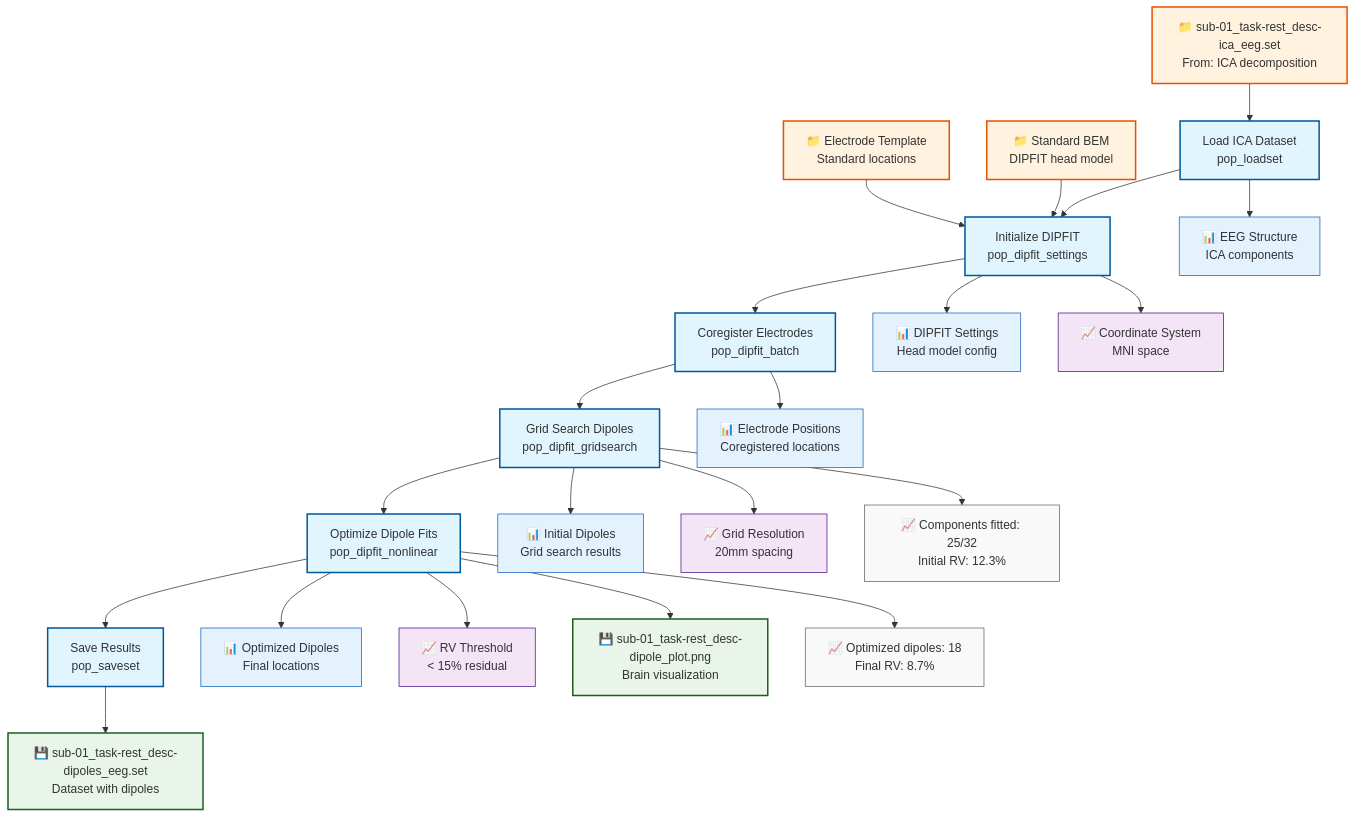
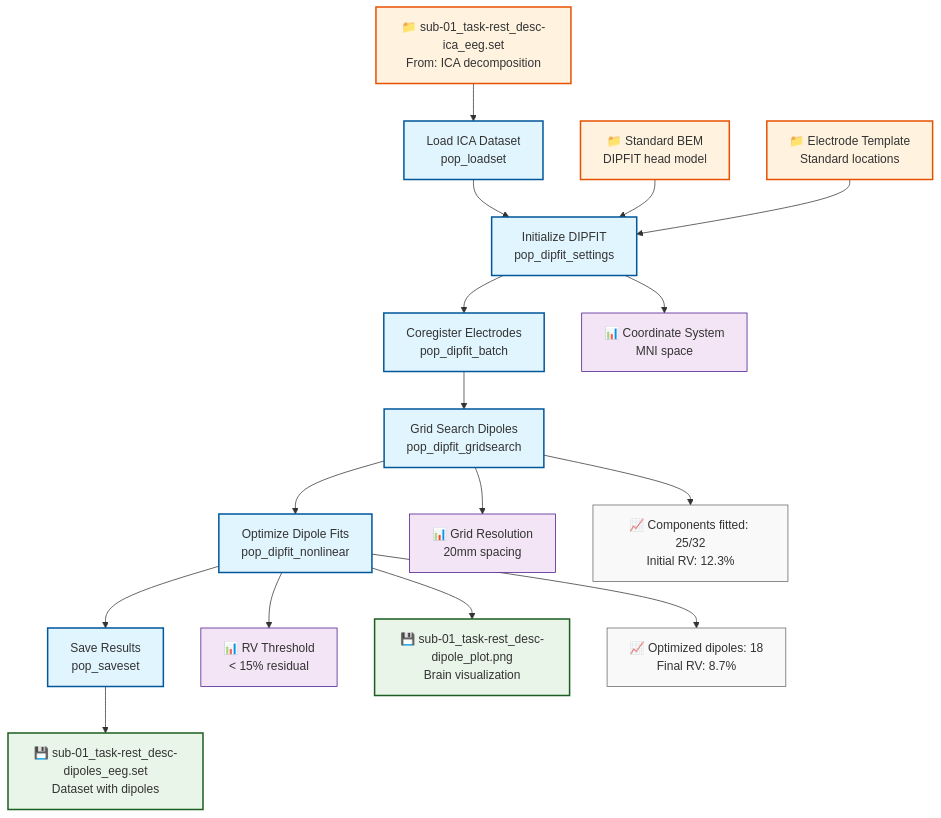
One commit to signalJourney/signalJourney changed the diagram in docs/examples/source_localization_eeglab.md. Above: the diagram before and after it, drawn with Mermaid. The commit also changed 11 other files, not shown here.

````diff
--- a/docs/examples/source_localization_eeglab.md
+++ b/docs/examples/source_localization_eeglab.md
@@ -17,50 +17,39 @@
 ```mermaid
 flowchart TD
     A[Load ICA Dataset<br/>pop_loadset] --> B[Initialize DIPFIT<br/>pop_dipfit_settings]
     B --> C[Coregister Electrodes<br/>pop_dipfit_batch]
     C --> D[Grid Search Dipoles<br/>pop_dipfit_gridsearch]
     D --> E[Optimize Dipole Fits<br/>pop_dipfit_nonlinear]
     E --> F[Save Results<br/>pop_saveset]
     
-    %% Input from ICA pipeline
+    %% Input files
     G["📁 sub-01_task-rest_desc-ica_eeg.set<br/>From: ICA decomposition"] --> A
-    
-    %% Head model resources
     H["📁 Standard BEM<br/>DIPFIT head model"] --> B
     I["📁 Electrode Template<br/>Standard locations"] --> B
     
-    %% Intermediate outputs
-    A --> A1["📊 EEG Structure<br/>ICA components"]
-    B --> B1["📊 DIPFIT Settings<br/>Head model config"]
-    C --> C1["📊 Electrode Positions<br/>Coregistered locations"]
-    D --> D1["📊 Initial Dipoles<br/>Grid search results"]
-    E --> E1["📊 Optimized Dipoles<br/>Final locations"]
-    
-    %% Analysis parameters
-    B --> V1["📈 Coordinate System<br/>MNI space"]
-    D --> V2["📈 Grid Resolution<br/>20mm spacing"]
-    E --> V3["📈 RV Threshold<br/>< 15% residual"]
+    %% Inline data
+    B --> V1["📊 Coordinate System<br/>MNI space"]
+    D --> V2["📊 Grid Resolution<br/>20mm spacing"]
+    E --> V3["📊 RV Threshold<br/>< 15% residual"]
     
     %% Final outputs
     F --> J["💾 sub-01_task-rest_desc-dipoles_eeg.set<br/>Dataset with dipoles"]
     E --> K["💾 sub-01_task-rest_desc-dipole_plot.png<br/>Brain visualization"]
     
     %% Quality metrics
     D --> Q1["📈 Components fitted: 25/32<br/>Initial RV: 12.3%"]
     E --> Q2["📈 Optimized dipoles: 18<br/>Final RV: 8.7%"]
 
     %% Styling
     classDef processStep fill:#e1f5fe,stroke:#01579b,stroke-width:2px
     classDef inputFile fill:#fff3e0,stroke:#e65100,stroke-width:2px
     classDef outputFile fill:#e8f5e8,stroke:#1b5e20,stroke-width:2px
-    classDef inMemoryData fill:#e3f2fd,stroke:#1565c0,stroke-width:1px
     classDef inlineData fill:#f3e5f5,stroke:#4a148c,stroke-width:1px
     classDef qualityMetric fill:#f9f9f9,stroke:#666,stroke-width:1px
 
     class A,B,C,D,E,F processStep
     class G,H,I inputFile
     class J,K outputFile
-    class A1,B1,C1,D1,E1 inMemoryData
     class V1,V2,V3 inlineData
     class Q1,Q2 qualityMetric
 ```
````
